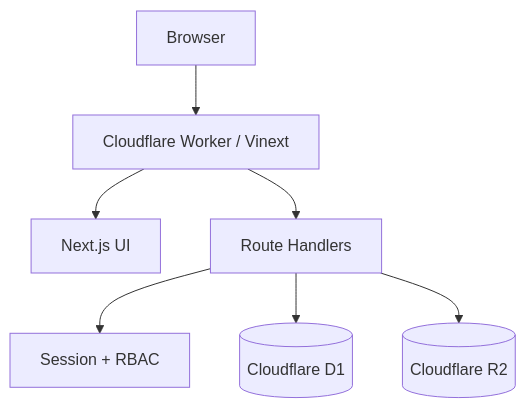
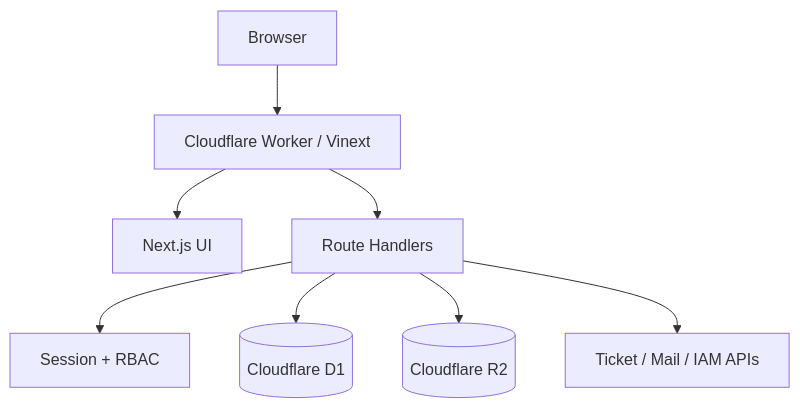
The diagram in docs/ARCHITECTURE.md (jacobevci-lab/Fornost-GRC), drawn with Mermaid before and after one commit. The commit also changed other lines of this file and 26 other files, not shown here.

````diff
--- a/docs/ARCHITECTURE.md
+++ b/docs/ARCHITECTURE.md
@@ -5,9 +5,10 @@
 ```mermaid
 flowchart TD
     U[Browser] --> W[Cloudflare Worker / Vinext]
     W --> UI[Next.js UI]
     W --> API[Route Handlers]
     API --> AUTH[Session + RBAC]
     API --> D1[(Cloudflare D1)]
     API --> R2[(Cloudflare R2)]
+    API --> EXT[Ticket / Mail / IAM APIs]
 ```
````
